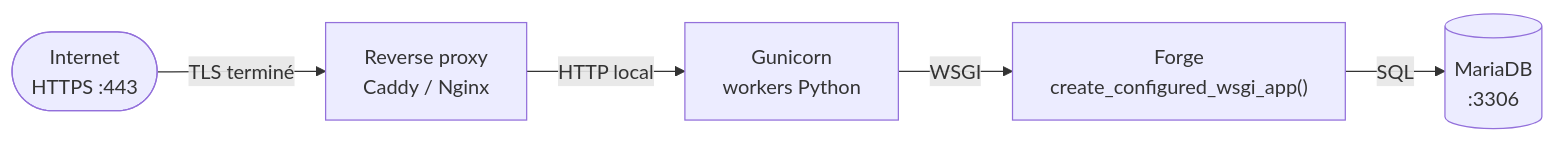
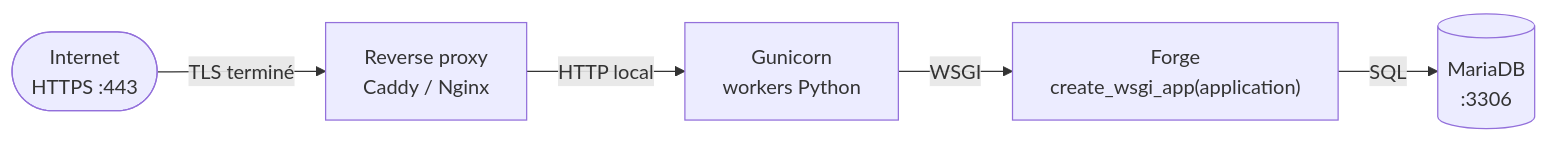
Before and after one commit to caucrogeGit/Forge: the diagram in docs/deployment/wsgi-deployment.md, drawn with Mermaid. The commit also changed other lines of this file and 11 other files, not shown here.

First line of the commit message:
feat(skeleton): servir l'application armee depuis wsgi.py (SKELETON-PUBLIC-APPLICATION-001)

````diff
--- a/docs/deployment/wsgi-deployment.md
+++ b/docs/deployment/wsgi-deployment.md
@@ -18,7 +18,7 @@
 ```mermaid
 flowchart LR
     I(["Internet<br/>HTTPS :443"]) -->|"TLS terminé"| P["Reverse proxy<br/>Caddy / Nginx"]
     P -->|"HTTP local"| G["Gunicorn<br/>workers Python"]
-    G -->|"WSGI"| F["Forge<br/>create_configured_wsgi_app()"]
+    G -->|"WSGI"| F["Forge<br/>create_wsgi_app(application)"]
     F -->|"SQL"| M[("MariaDB<br/>:3306")]
 ```
````
